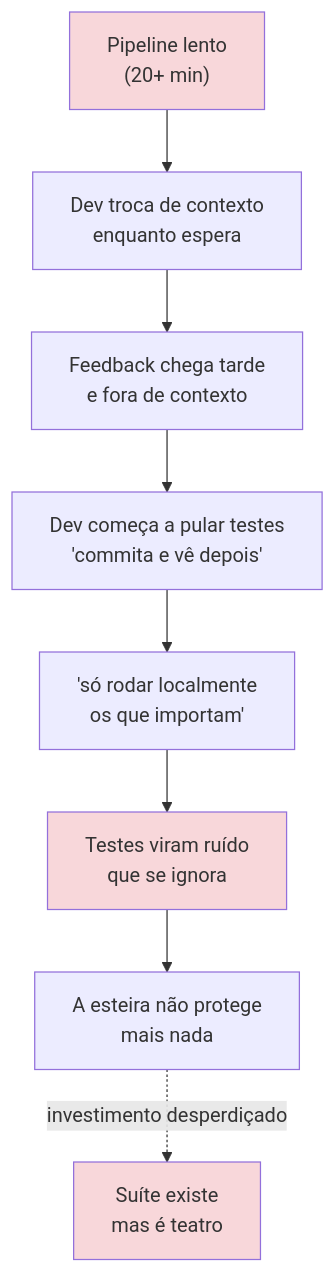
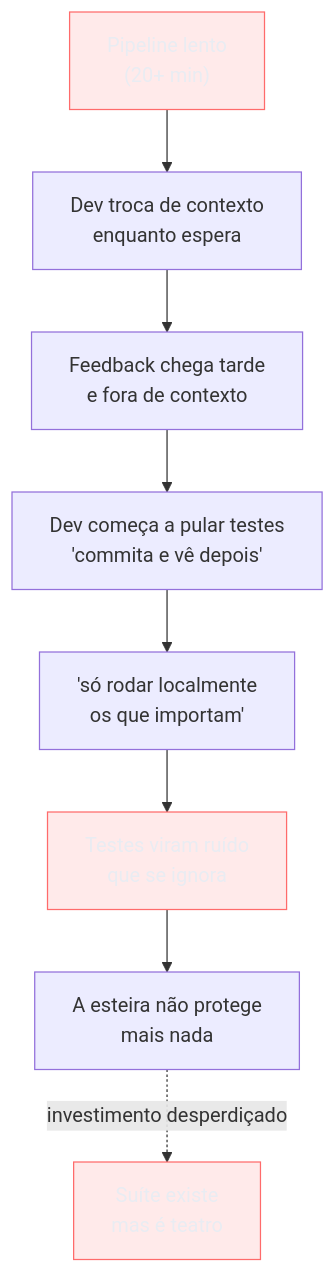
Before and after one commit to josenaldo/codex-technomanticus: the third of 8 diagrams in 03-Dominios/Engenharia/Testes/15 - Testes em CI-CD.md, drawn with Mermaid. The commit also changed other lines of this file and 1181 other files, not shown here.

First line of the commit message:
fix(diagramas): paleta do sistema no lugar de cor cravada no markdown

````diff
--- a/03-Dominios/Engenharia/Testes/15 - Testes em CI-CD.md
+++ b/03-Dominios/Engenharia/Testes/15 - Testes em CI-CD.md
@@ -122,13 +126,14 @@
 ```mermaid
 flowchart TD
+    classDef falha fill:#FF6B6B24,stroke:#FF6B6B,color:#E9ECF2
     A["Pipeline lento<br/>(20+ min)"] --> B["Dev troca de contexto<br/>enquanto espera"]
     B --> C["Feedback chega tarde<br/>e fora de contexto"]
     C --> D["Dev começa a pular testes<br/>'commita e vê depois'"]
     D --> E["'só rodar localmente<br/>os que importam'"]
     E --> F["Testes viram ruído<br/>que se ignora"]
     F --> G["A esteira não protege<br/>mais nada"]
     G -.->|investimento desperdiçado| H["Suíte existe<br/>mas é teatro"]
-    style A fill:#f8d7da
-    style F fill:#f8d7da
-    style H fill:#f8d7da
+    class A falha
+    class F falha
+    class H falha
 ```
````
